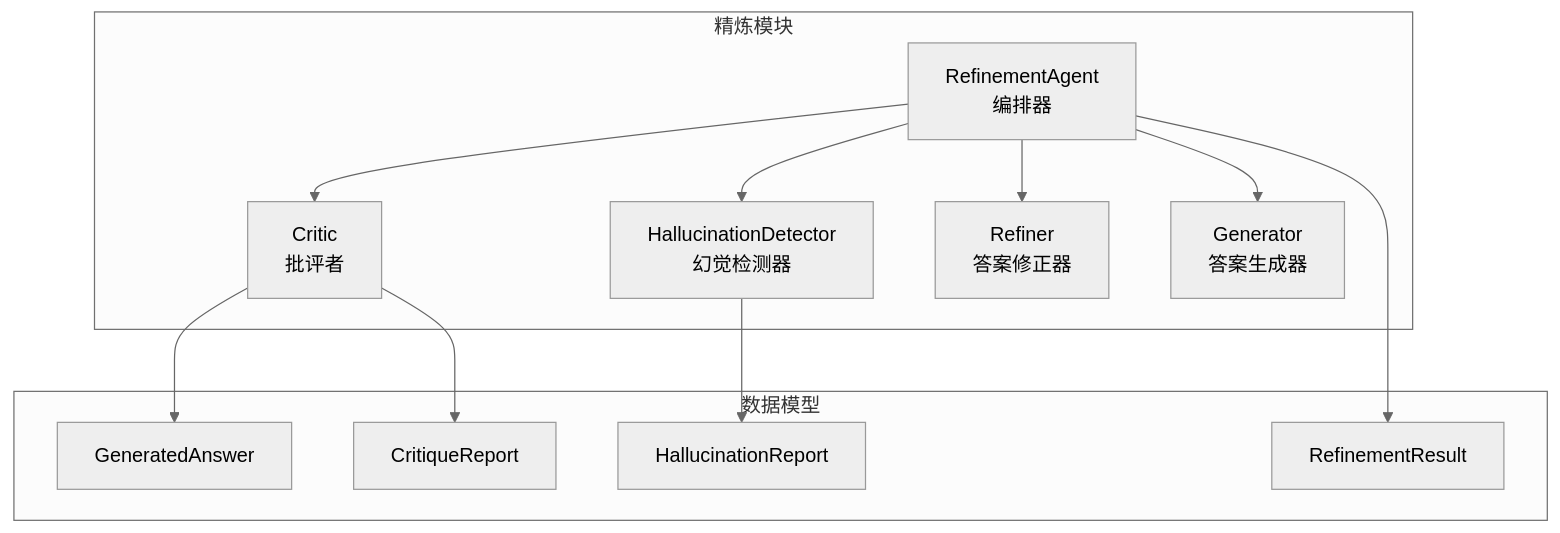
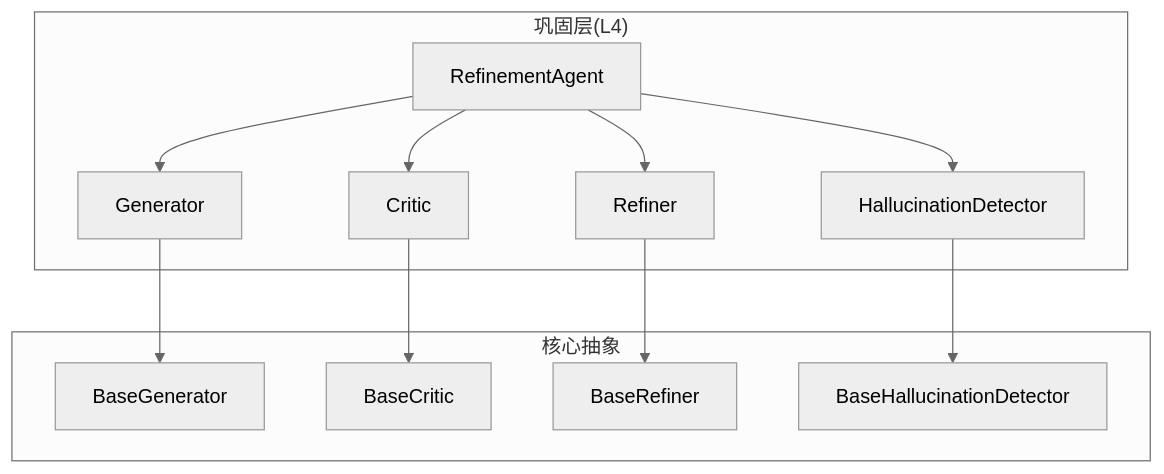
One commit to JieGaoPrinceton/NecoRAG changed the first of 6 diagrams in .qoder/repowiki/zh/content/巩固层模块/批评者组件.md. Above: the diagram before and after it, drawn with Mermaid (neutral theme). The commit also changed other lines of this file and 181 other files, not shown here.

````diff
--- a/.qoder/repowiki/zh/content/巩固层模块/批评者组件.md
+++ b/.qoder/repowiki/zh/content/巩固层模块/批评者组件.md
@@ -37,24 +41,24 @@
 ```mermaid
 graph TB
-subgraph "精炼模块"
-A["RefinementAgent<br/>编排器"]
-B["Critic<br/>批评者"]
-C["HallucinationDetector<br/>幻觉检测器"]
-D["Refiner<br/>答案修正器"]
-E["Generator<br/>答案生成器"]
+subgraph "巩固层(L4)"
+AG["RefinementAgent"]
+GEN["Generator"]
+CRITIC["Critic"]
+REFINE["Refiner"]
+HALLU["HallucinationDetector"]
 end
-subgraph "数据模型"
-M1["GeneratedAnswer"]
-M2["CritiqueReport"]
-M3["HallucinationReport"]
-M4["RefinementResult"]
+subgraph "核心抽象"
+BASEGEN["BaseGenerator"]
+BASECRITIC["BaseCritic"]
+BASEREFINE["BaseRefiner"]
+BASEHALLU["BaseHallucinationDetector"]
 end
-A --> E
-A --> B
-A --> C
-A --> D
-B --> M1
-B --> M2
-C --> M3
-A --> M4
+AG --> GEN
+AG --> CRITIC
+AG --> REFINE
+AG --> HALLU
+GEN --> BASEGEN
+CRITIC --> BASECRITIC
+REFINE --> BASEREFINE
+HALLU --> BASEHALLU
 ```
````
